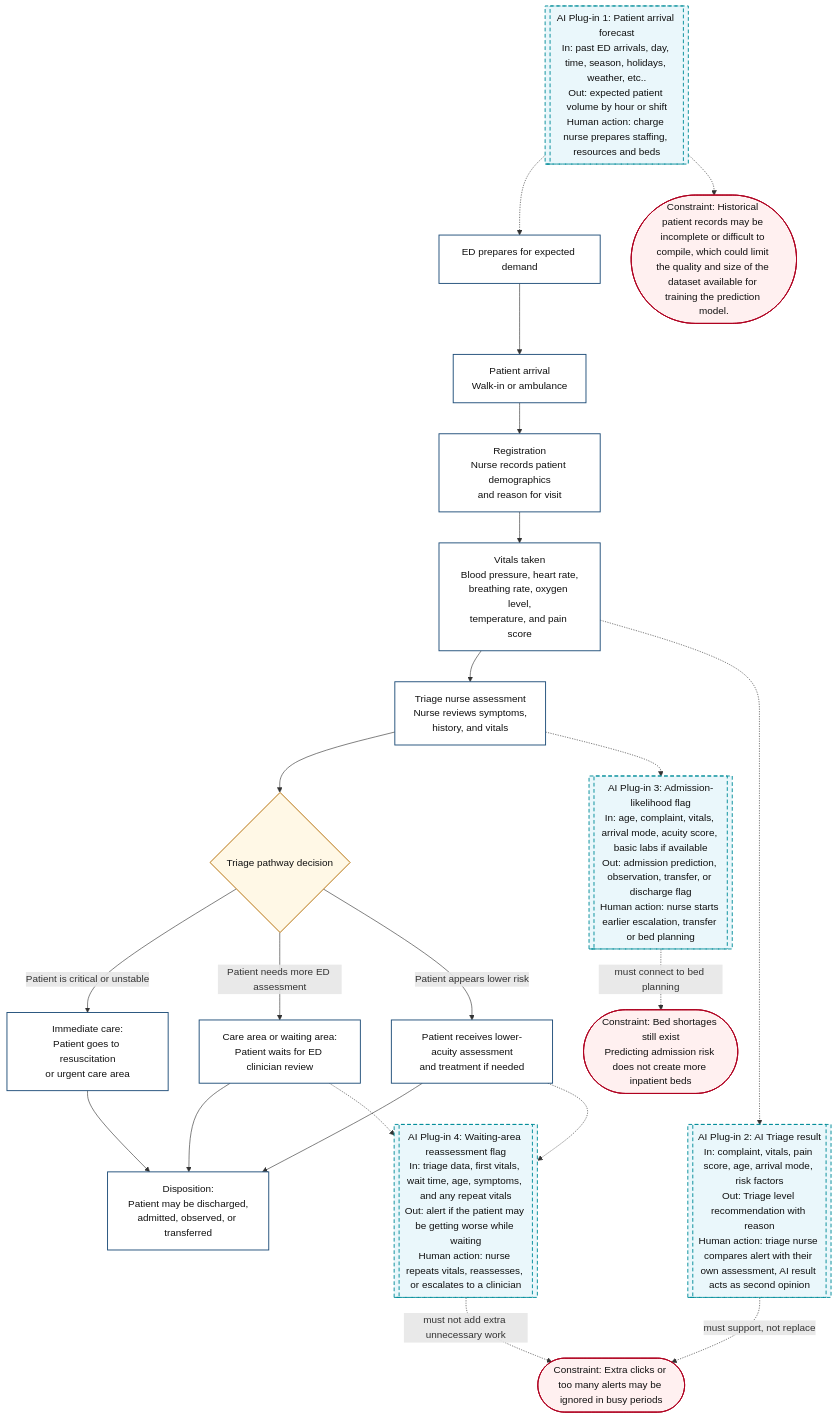
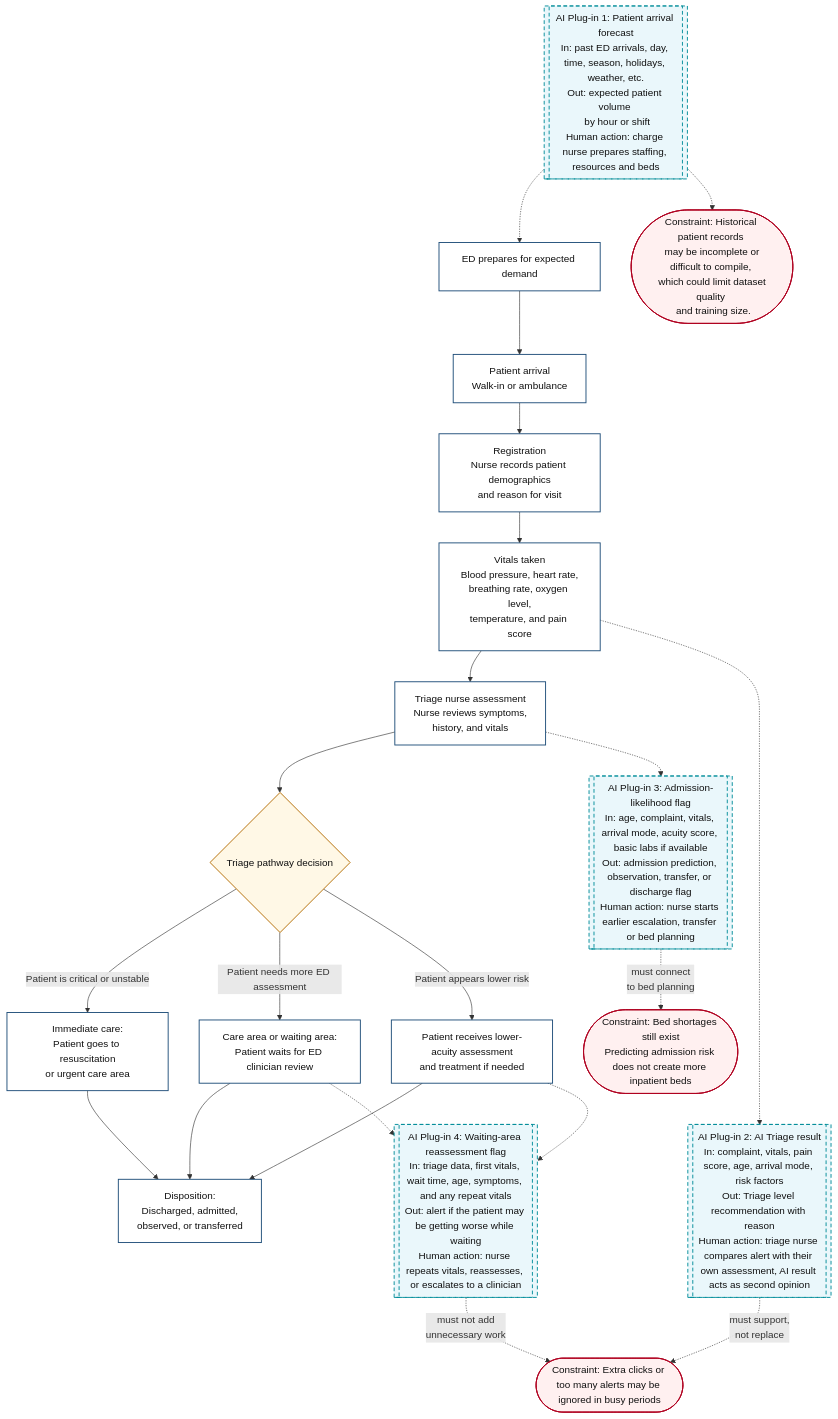
One commit to tinadams/carisurg-portfolio changed the diagram in docs/week_3_Workflow_Diagram.md. Above: the diagram before and after it, drawn with Mermaid.

Commit message:
Refine disposition and AI plug-in descriptions

````diff
--- a/docs/week_3_Workflow_Diagram.md
+++ b/docs/week_3_Workflow_Diagram.md
@@ -1,61 +1,61 @@
 ```mermaid
 flowchart TD
 
 A[Patient arrival<br/>Walk-in or ambulance] --> B[Registration<br/>Nurse records patient demographics<br/>and reason for visit]
 
 B --> C[Vitals taken<br/>Blood pressure, heart rate,<br/>breathing rate, oxygen level,<br/>temperature, and pain score]
 
 C --> D[Triage nurse assessment<br/>Nurse reviews symptoms,<br/>history, and vitals]
 
 D --> E{Triage pathway decision}
 
 E -->|Patient is critical or unstable| F[Immediate care:<br/>Patient goes to resuscitation<br/>or urgent care area]
 
 E -->|Patient needs more ED assessment| G[Care area or waiting area:<br/>Patient waits for ED clinician review]
 
 E -->|Patient appears lower risk| H[Patient receives lower-acuity assessment<br/>and treatment if needed]
 
-H --> I[Disposition:<br/>Patient may be discharged,<br/>admitted, observed, or transferred]
+H --> I[Disposition: <br/> Discharged, admitted, <br/> observed, or transferred]
 
-F --> I[Disposition:<br/>Patient may be discharged,<br/>admitted, observed, or transferred]
+F --> I[Disposition: <br/> Discharged, admitted, <br/> observed, or transferred]
 
-G --> I[Disposition:<br/>Patient may be discharged,<br/>admitted, observed, or transferred]
+G --> I[Disposition: <br/> Discharged, admitted, <br/> observed, or transferred]
 
-AI1[[AI Plug-in 1: Patient arrival forecast<br/>In: past ED arrivals, day, time, season, holidays, weather, etc..<br/>Out: expected patient volume by hour or shift<br/>Human action: charge nurse prepares staffing, resources and beds]]
+AI1[[AI Plug-in 1: Patient arrival forecast<br/>In: past ED arrivals, day, time, season, holidays, weather, etc.<br/>Out: expected patient volume <br/> by hour or shift<br/>Human action: charge nurse prepares staffing, resources and beds]]
 
 AI2[[AI Plug-in 2: AI Triage result<br/>In: complaint, vitals, pain score, age, arrival mode, risk factors<br/>Out: Triage level recommendation with reason<br/>Human action: triage nurse compares alert with their own assessment, AI result acts as second opinion]]
 
 AI3[[AI Plug-in 3: Admission-likelihood flag<br/>In: age, complaint, vitals, arrival mode, acuity score, basic labs if available<br/>Out: admission prediction, observation, transfer, or discharge flag<br/>Human action: nurse starts earlier escalation, transfer or bed planning]]
 
 AI4[[AI Plug-in 4: Waiting-area reassessment flag<br/>In: triage data, first vitals, wait time, age, symptoms, and any repeat vitals<br/>Out: alert if the patient may be getting worse while waiting<br/>Human action: nurse repeats vitals, reassesses, or escalates to a clinician]]
 
 PRE[ED prepares for expected demand]
 
 AI1 -.-> PRE
 PRE --> A
 D -.-> AI3
 C -.-> AI2
 G -.-> AI4
 H -.-> AI4
 
-C1([Constraint: Historical patient records may be incomplete or difficult to compile, which could limit the quality and size of the dataset available for training the prediction model.])
+C1([Constraint: Historical patient records <br/> may be incomplete or difficult to compile, <br/> which could limit dataset quality <br/> and training size.])
 
 C2([Constraint: Extra clicks or too many alerts may be ignored in busy periods])
 
 C3([Constraint: Bed shortages still exist<br/>Predicting admission risk does not create more inpatient beds])
 
 AI1 -.-> C1
-AI2 -. must support, not replace .-> C2
-AI3 -. must connect to bed planning .-> C3
-AI4 -. must not add extra unnecessary work .-> C2
+AI2 -. must support, <br/> not replace .-> C2
+AI3 -. must connect <br/> to bed planning .-> C3
+AI4 -. must not add <br/> unnecessary work .-> C2
 
 classDef process fill:#ffffff,stroke:#1f4e79,stroke-width:1.5px,color:#111;
 classDef decision fill:#fff8e6,stroke:#b36b00,stroke-width:1.5px,color:#111;
 classDef ai fill:#eaf7fb,stroke:#008c99,stroke-width:1.5px,stroke-dasharray: 6 4,color:#111;
 classDef constraint fill:#fff0f0,stroke:#b00020,stroke-width:1.5px,color:#111;
 
 class A,B,C,D,F,G,H,I,PRE process;
 class E decision;
 class AI1,AI2,AI3,AI4 ai;
 class C1,C2,C3 constraint;
 ```
````
